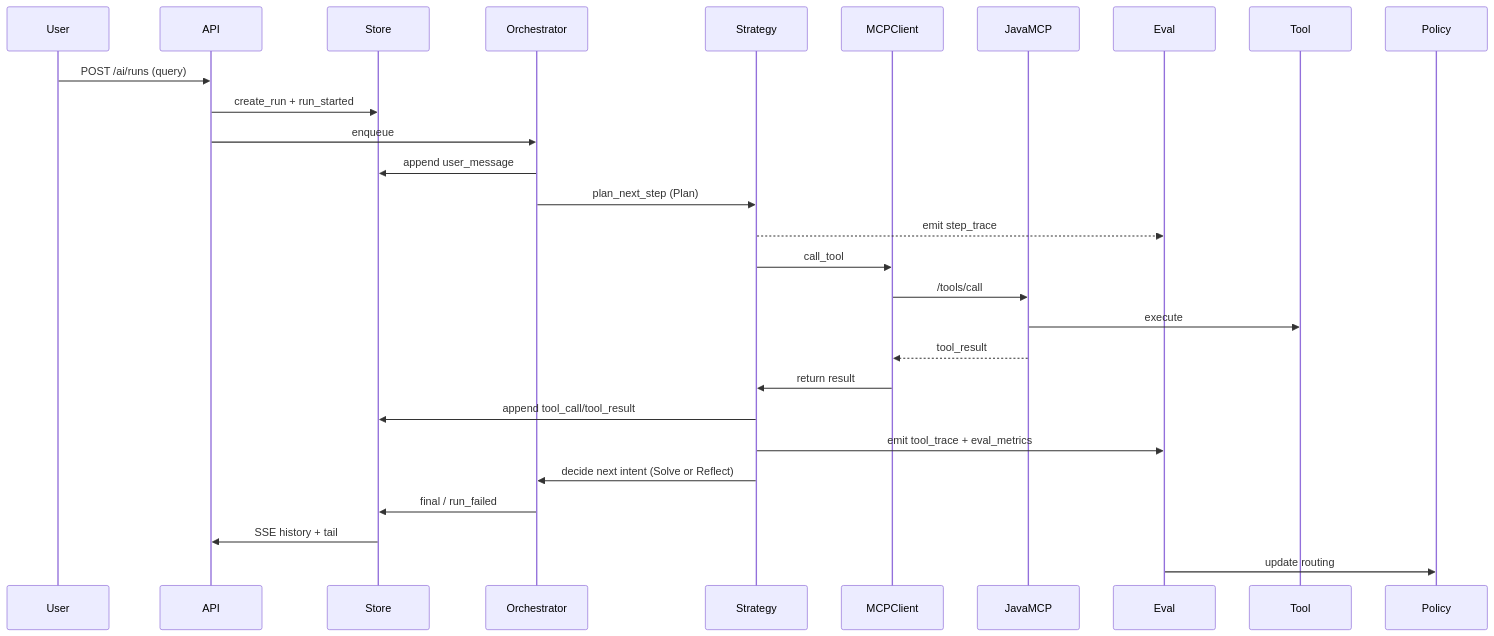
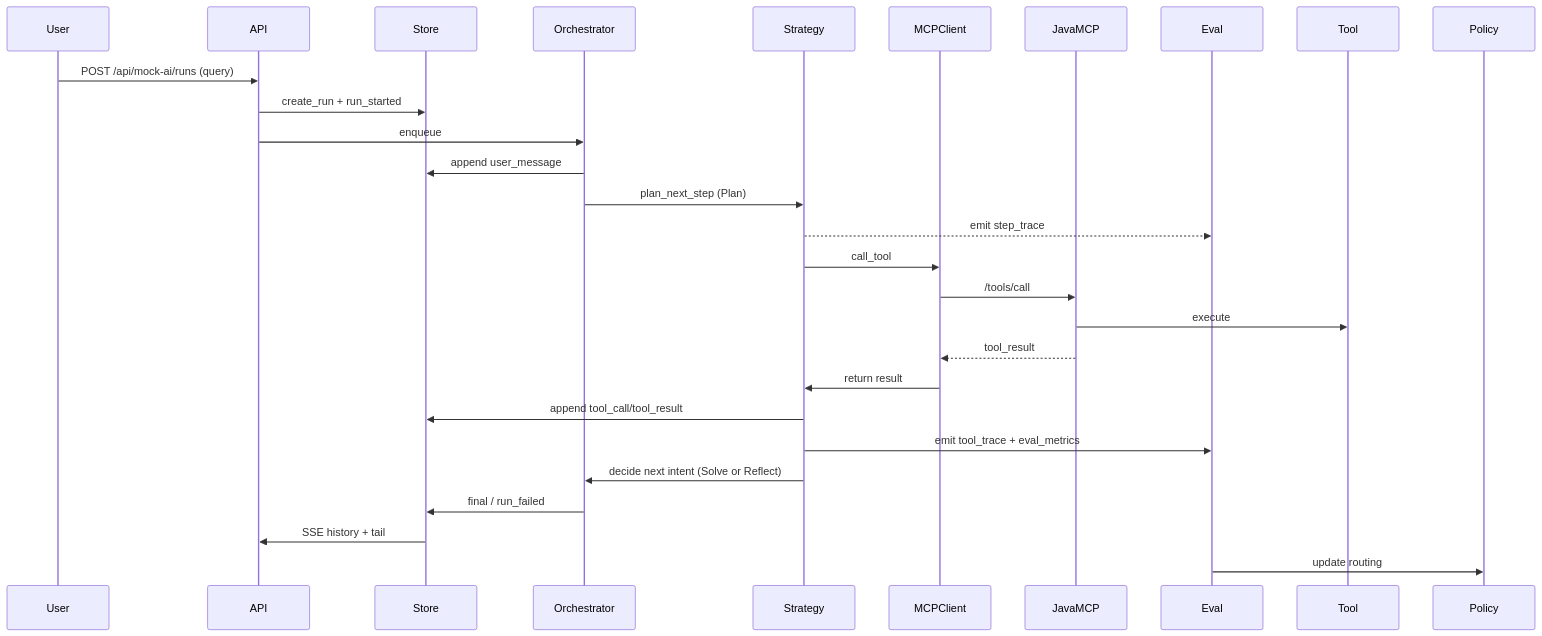
One commit to WillfordZhan/WillfordZhan.github.io changed the third of 4 diagrams in source/_posts/dynamic-paradigm-orchestrator-optimization.md. Above: the diagram before and after it, drawn with Mermaid. The commit also changed other lines of this file and 8 other files, not shown here.

````diff
--- a/source/_posts/dynamic-paradigm-orchestrator-optimization.md
+++ b/source/_posts/dynamic-paradigm-orchestrator-optimization.md
@@ -99,29 +99,29 @@
 ```mermaid
 sequenceDiagram
     participant User
     participant API
     participant Store
     participant Orchestrator
     participant Strategy
     participant MCPClient
     participant JavaMCP
     participant Eval
 
-    User->>API: POST /ai/runs (query)
+    User->>API: POST /api/mock-ai/runs (query)
     API->>Store: create_run + run_started
     API->>Orchestrator: enqueue
     Orchestrator->>Store: append user_message
     Orchestrator->>Strategy: plan_next_step (Plan)
     Strategy-->>Eval: emit step_trace
     Strategy->>MCPClient: call_tool
     MCPClient->>JavaMCP: /tools/call
     JavaMCP->>Tool: execute
     JavaMCP-->>MCPClient: tool_result
     MCPClient->>Strategy: return result
     Strategy->>Store: append tool_call/tool_result
     Strategy->>Eval: emit tool_trace + eval_metrics
     Strategy->>Orchestrator: decide next intent (Solve or Reflect)
     Orchestrator->>Store: final / run_failed
     Store->>API: SSE history + tail
     Eval->>Policy: update routing
 ```
````
